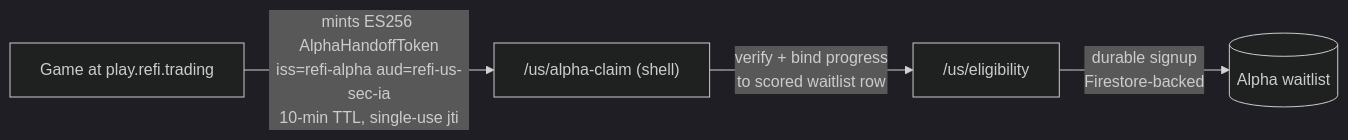
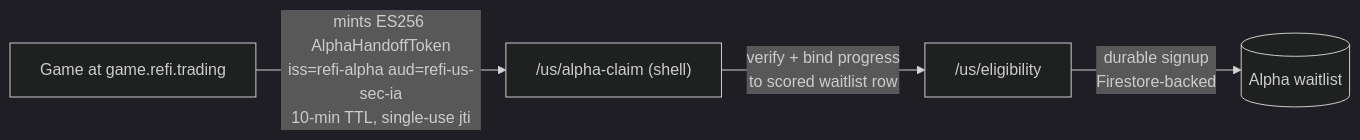
One commit to ReFi-Trading-Inc/refi-us-sec-ia changed the diagram in docs/system-integration-map.md. Above: the diagram before and after it, drawn with Mermaid (dark theme). The commit also changed other lines of this file and 22 other files, not shown here.

````diff
--- a/docs/system-integration-map.md
+++ b/docs/system-integration-map.md
@@ -22,6 +22,6 @@
 ```mermaid
 flowchart LR
-  G[Game at play.refi.trading] -->|mints ES256 AlphaHandoffToken<br/>iss=refi-alpha aud=refi-us-sec-ia<br/>10-min TTL, single-use jti| C["/us/alpha-claim (shell)"]
+  G[Game at game.refi.trading] -->|mints ES256 AlphaHandoffToken<br/>iss=refi-alpha aud=refi-us-sec-ia<br/>10-min TTL, single-use jti| C["/us/alpha-claim (shell)"]
   C -->|verify + bind progress<br/>to scored waitlist row| E["/us/eligibility"]
   E -->|durable signup<br/>Firestore-backed| W[(Alpha waitlist)]
 ```
````
